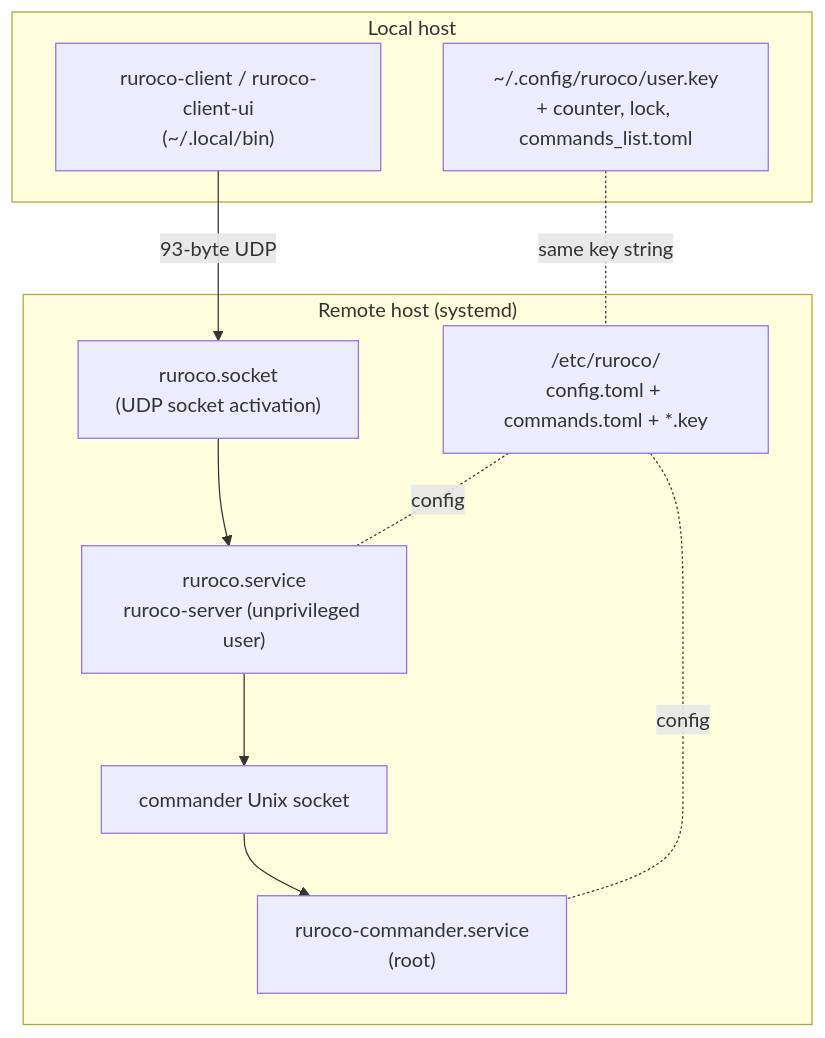
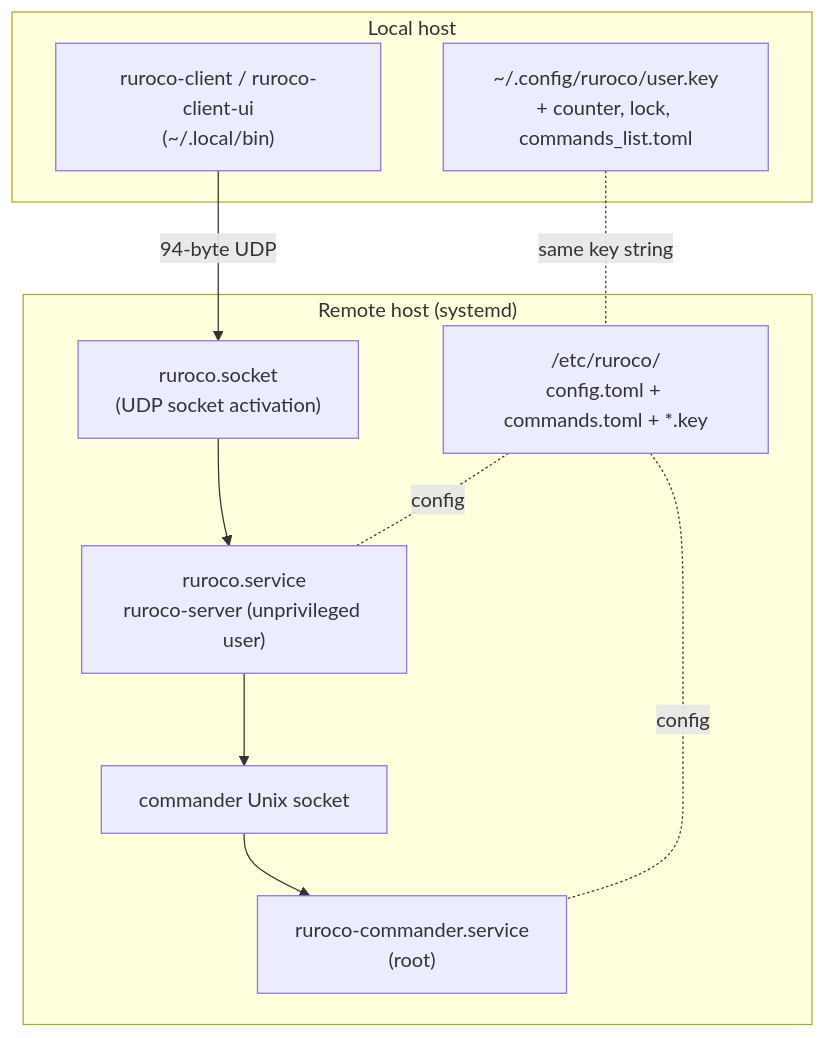
One commit to beac0n/ruroco changed the third of 3 diagrams in docs/src/architecture/build-and-deploy.md. Above: the diagram before and after it, drawn with Mermaid. The commit also changed 15 other files, not shown here.

````diff
--- a/docs/src/architecture/build-and-deploy.md
+++ b/docs/src/architecture/build-and-deploy.md
@@ -82,20 +82,20 @@
 ```mermaid
 flowchart TB
     subgraph local["Local host"]
         cli["ruroco-client / ruroco-client-ui<br/>(~/.local/bin)"]
         keyfile["~/.config/ruroco/user.key<br/>+ counter, lock, commands_list.toml"]
     end
     subgraph remote["Remote host (systemd)"]
         socket["ruroco.socket<br/>(UDP socket activation)"]
         server["ruroco.service<br/>ruroco-server (unprivileged user)"]
         commander["ruroco-commander.service<br/>(root)"]
         etc["/etc/ruroco/<br/>config.toml + commands.toml + *.key"]
         unixsock["commander Unix socket"]
         socket --> server
         server --> unixsock --> commander
         etc -.config.- server
         etc -.config.- commander
     end
-    cli -->|93-byte UDP| socket
+    cli -->|94-byte UDP| socket
     keyfile -. same key string .- etc
 ```
````
